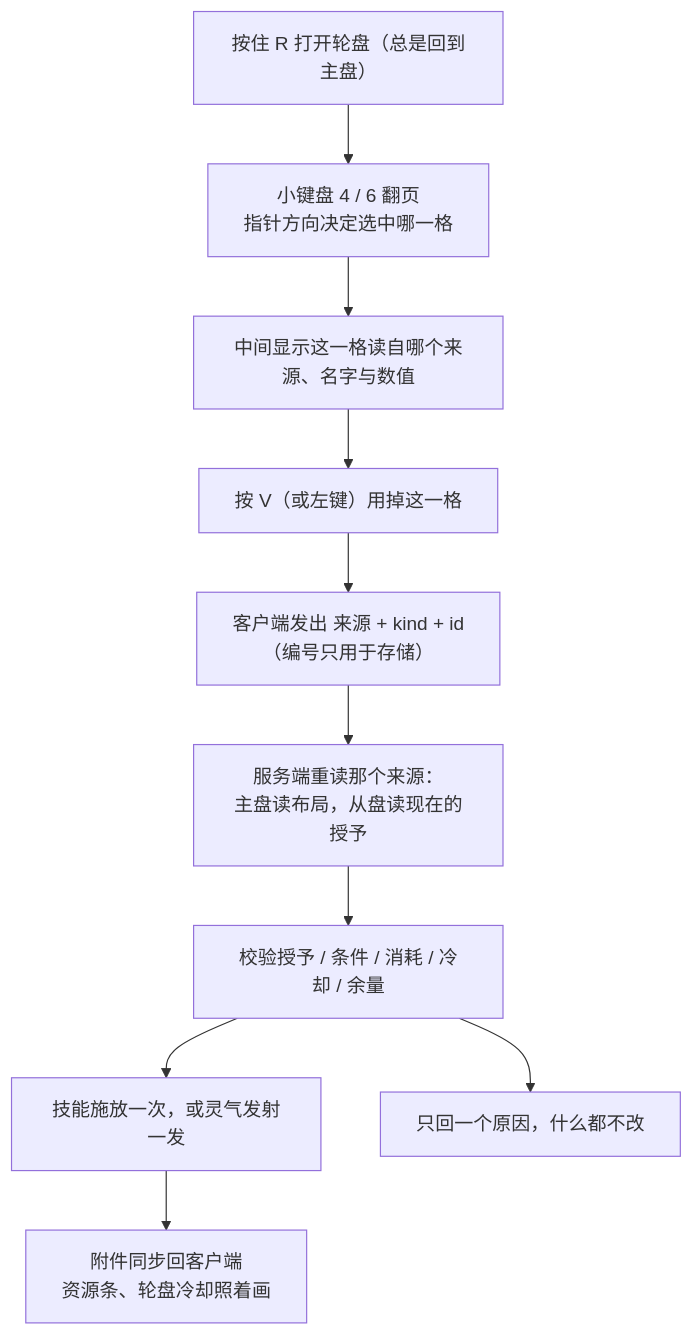
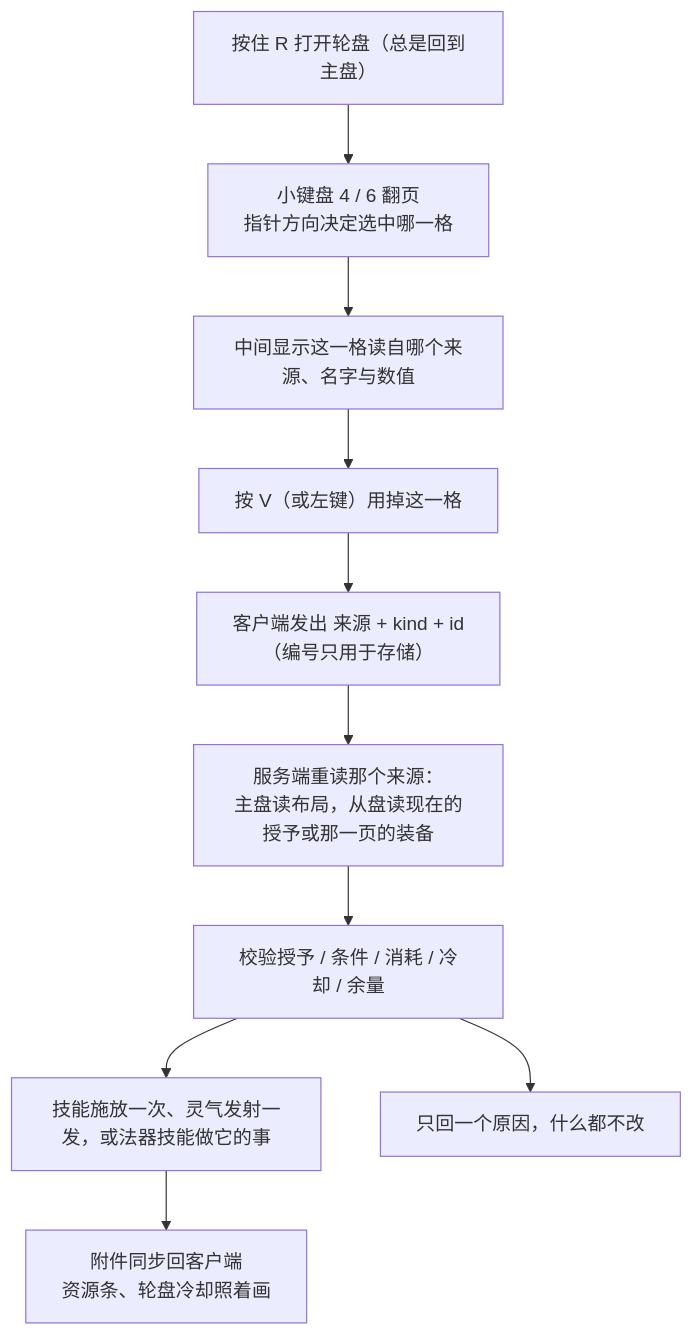
One commit to IAFEnvoy/mxt-docs changed the diagram in docs/player-guide/keys-and-hud.md. Above: the diagram before and after it, drawn with Mermaid. The commit also changed other lines of this file and 17 other files, not shown here.

````diff
--- a/docs/player-guide/keys-and-hud.md
+++ b/docs/player-guide/keys-and-hud.md
@@ -58,12 +65,12 @@
 ```mermaid
 flowchart TD
     A["按住 R 打开轮盘（总是回到主盘）"] --> B["小键盘 4 / 6 翻页<br/>指针方向决定选中哪一格"]
     B --> C["中间显示这一格读自哪个来源、名字与数值"]
     C --> D["按 V（或左键）用掉这一格"]
     D --> E["客户端发出 来源 + kind + id<br/>（编号只用于存储）"]
-    E --> F0["服务端重读那个来源：<br/>主盘读布局，从盘读现在的授予"]
+    E --> F0["服务端重读那个来源：<br/>主盘读布局，从盘读现在的授予或那一页的装备"]
     F0 --> F["校验授予 / 条件 / 消耗 / 冷却 / 余量"]
-    F --> G["技能施放一次，或灵气发射一发"]
+    F --> G["技能施放一次、灵气发射一发，或法器技能做它的事"]
     F --> H["只回一个原因，什么都不改"]
     G --> I["附件同步回客户端<br/>资源条、轮盘冷却照着画"]
 ```
````
